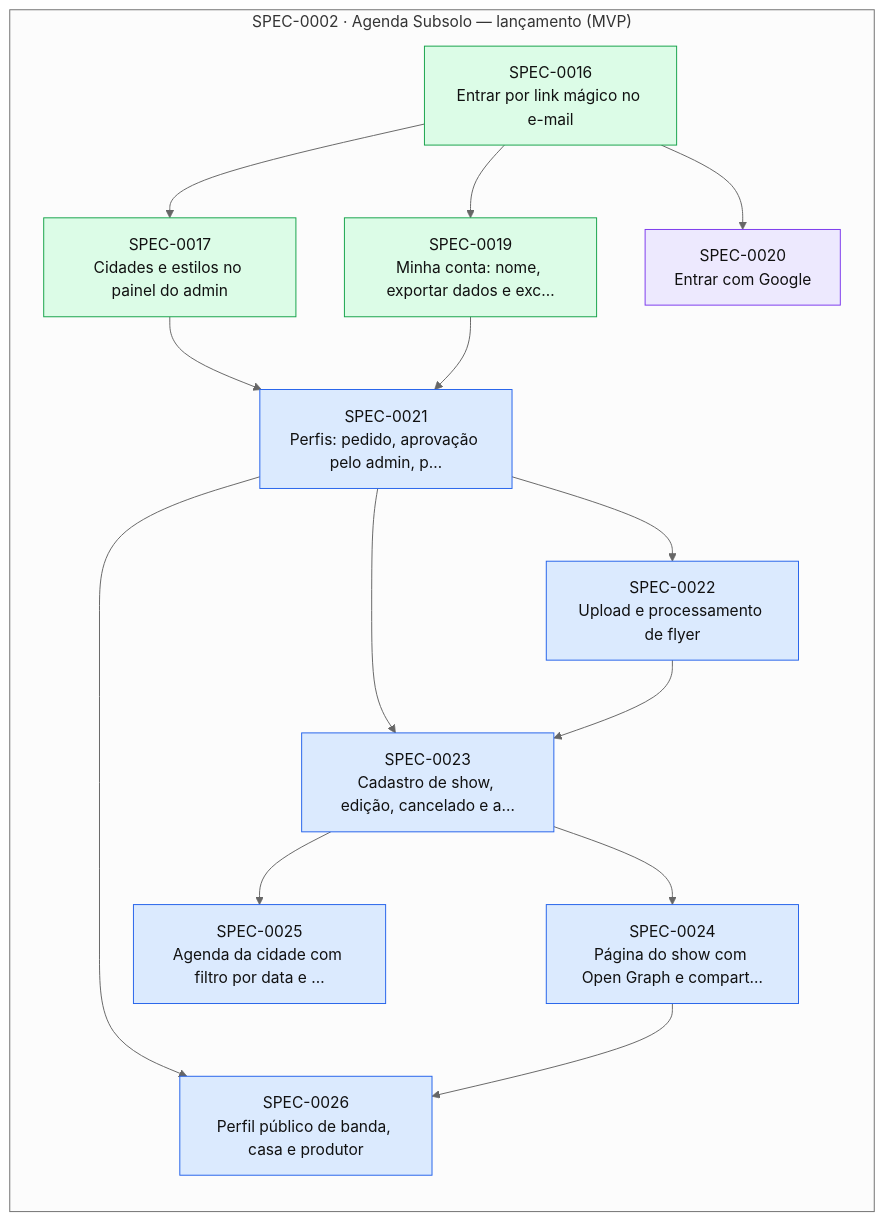
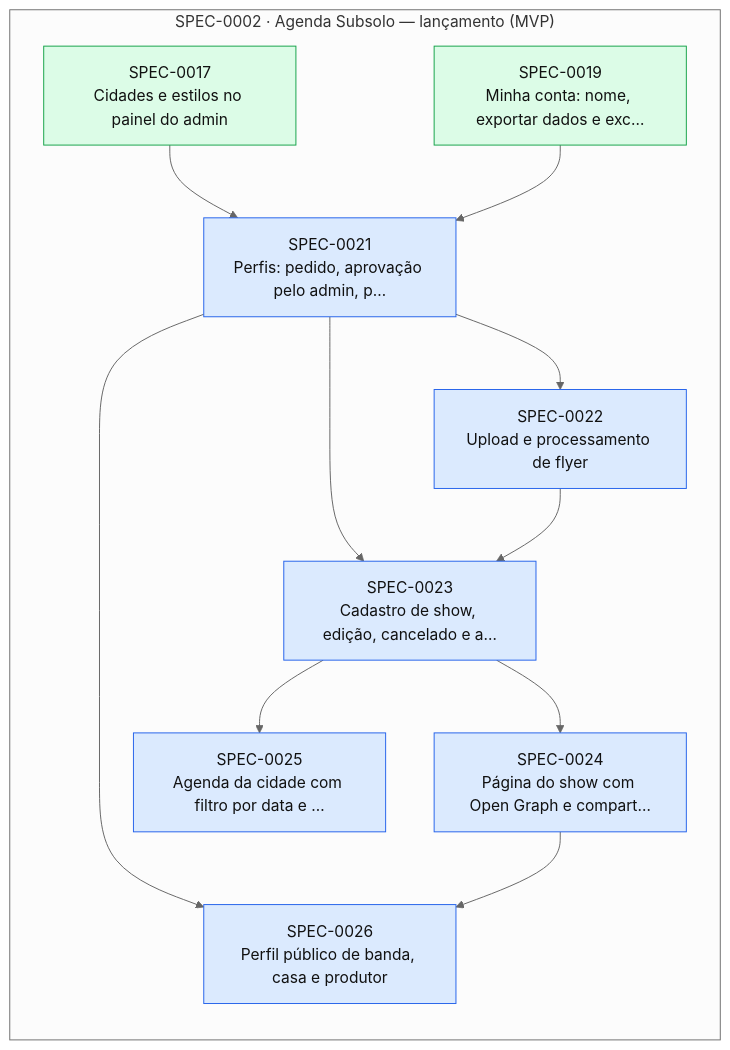
One commit to thomasravache/subsolo changed the diagram in docs/specs/INDEX.md. Above: the diagram before and after it, drawn with Mermaid (neutral theme). The commit also changed other lines of this file and 3 other files, not shown here.

````diff
--- a/docs/specs/INDEX.md
+++ b/docs/specs/INDEX.md
@@ -71,32 +70,27 @@
 ```mermaid
 flowchart LR
   subgraph E0002["SPEC-0002 · Agenda Subsolo — lançamento (MVP)"]
-    S0016["SPEC-0016<br/>Entrar por link mágico no e-mail"]:::implemented
     S0017["SPEC-0017<br/>Cidades e estilos no painel do admin"]:::implemented
     S0019["SPEC-0019<br/>Minha conta: nome, exportar dados e exc…"]:::implemented
-    S0020["SPEC-0020<br/>Entrar com Google"]:::inprogress
     S0021["SPEC-0021<br/>Perfis: pedido, aprovação pelo admin, p…"]:::approved
     S0022["SPEC-0022<br/>Upload e processamento de flyer"]:::approved
     S0023["SPEC-0023<br/>Cadastro de show, edição, cancelado e a…"]:::approved
     S0024["SPEC-0024<br/>Página do show com Open Graph e compart…"]:::approved
     S0025["SPEC-0025<br/>Agenda da cidade com filtro por data e …"]:::approved
     S0026["SPEC-0026<br/>Perfil público de banda, casa e produtor"]:::approved
   end
-  S0016 --> S0017
-  S0016 --> S0019
-  S0016 --> S0020
   S0017 --> S0021
   S0019 --> S0021
   S0021 --> S0022
   S0021 --> S0023
   S0022 --> S0023
   S0023 --> S0024
   S0023 --> S0025
   S0021 --> S0026
   S0024 --> S0026
   classDef proposed fill:#fef3c7,stroke:#d97706,color:#111
   classDef approved fill:#dbeafe,stroke:#2563eb,color:#111
   classDef inprogress fill:#ede9fe,stroke:#7c3aed,color:#111
   classDef implemented fill:#dcfce7,stroke:#16a34a,color:#111
   classDef deprecated fill:#f3f4f6,stroke:#9ca3af,color:#6b7280
 ```
````
